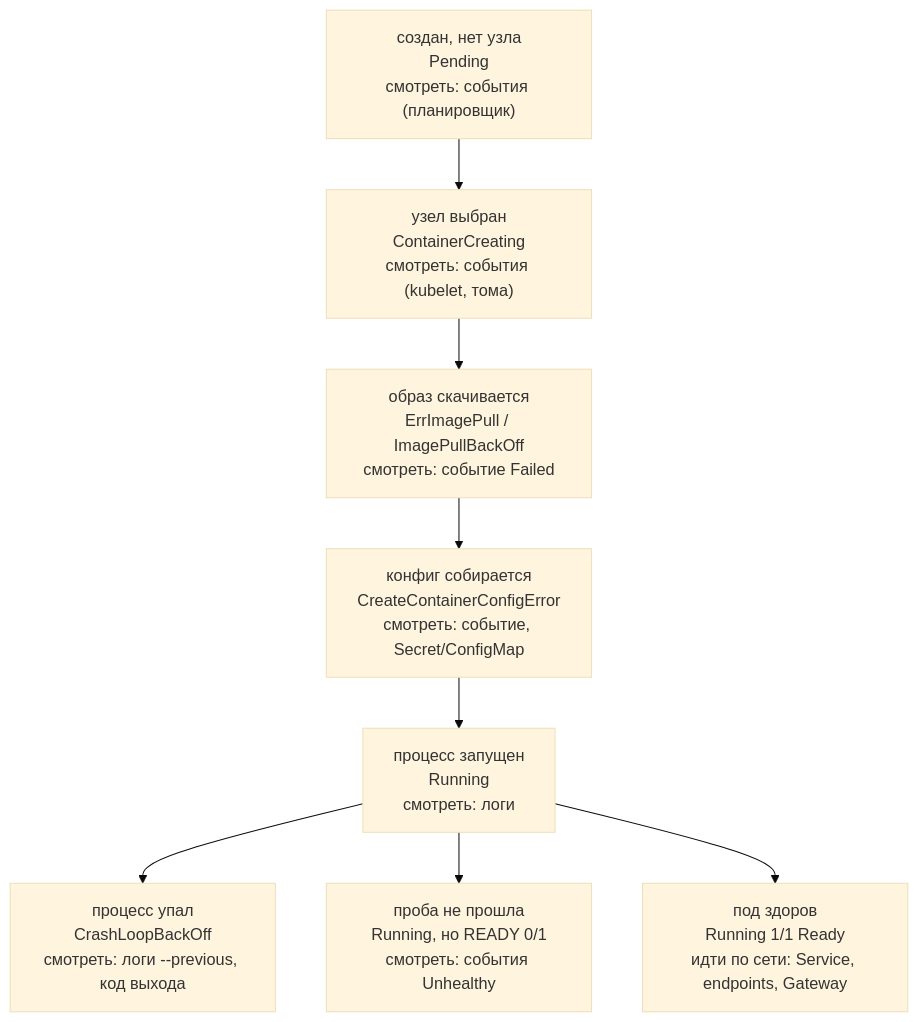
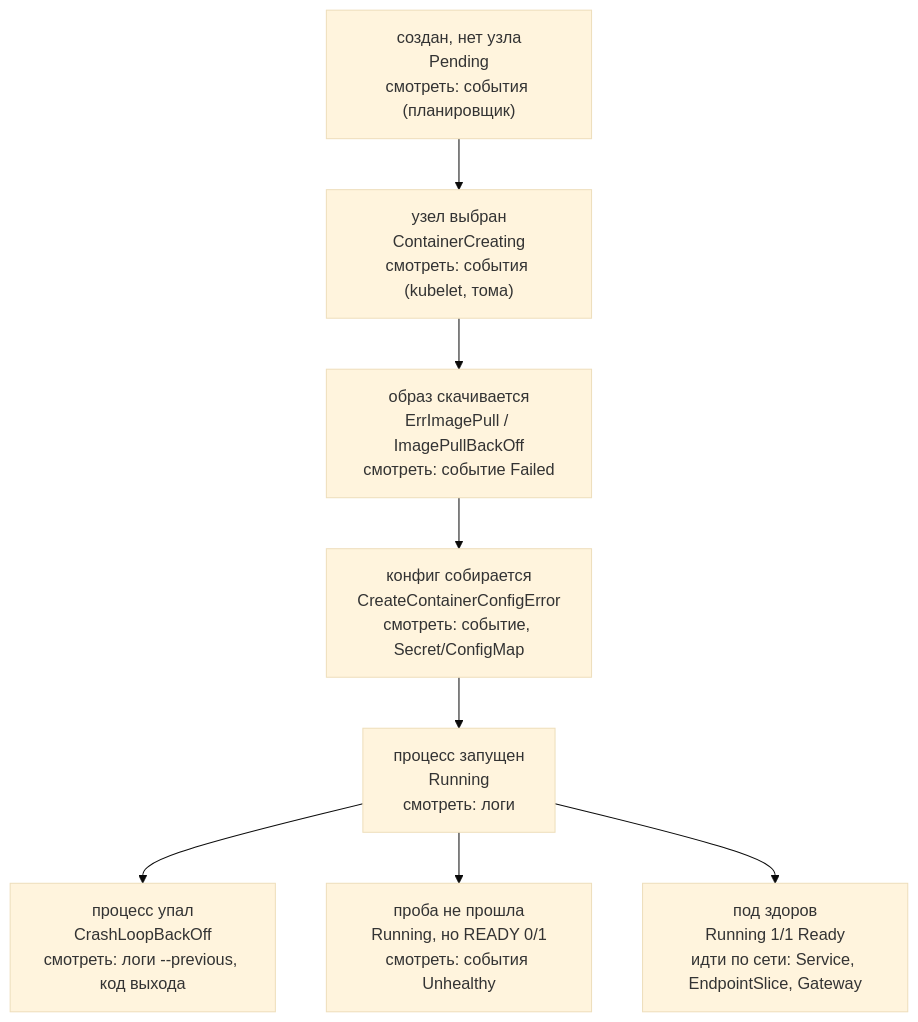
One commit to distinguished-sre/learning changed the first of 2 diagrams in devops/05-kubernetes/13-k8s-troubleshooting.md. Above: the diagram before and after it, drawn with Mermaid (base theme). The commit also changed other lines of this file and 462 other files, not shown here.

````diff
--- a/devops/05-kubernetes/13-k8s-troubleshooting.md
+++ b/devops/05-kubernetes/13-k8s-troubleshooting.md
@@ -49,10 +49,10 @@
 ```mermaid
 flowchart TD
     S1["создан, нет узла<br>Pending<br>смотреть: события (планировщик)"] --> S2["узел выбран<br>ContainerCreating<br>смотреть: события (kubelet, тома)"]
     S2 --> S3["образ скачивается<br>ErrImagePull / ImagePullBackOff<br>смотреть: событие Failed"]
     S3 --> S4["конфиг собирается<br>CreateContainerConfigError<br>смотреть: событие, Secret/ConfigMap"]
     S4 --> S5["процесс запущен<br>Running<br>смотреть: логи"]
     S5 --> S6["процесс упал<br>CrashLoopBackOff<br>смотреть: логи --previous, код выхода"]
     S5 --> S7["проба не прошла<br>Running, но READY 0/1<br>смотреть: события Unhealthy"]
-    S5 --> S8["под здоров<br>Running 1/1 Ready<br>идти по сети: Service, endpoints, Gateway"]
+    S5 --> S8["под здоров<br>Running 1/1 Ready<br>идти по сети: Service, EndpointSlice, Gateway"]
 ```
````
